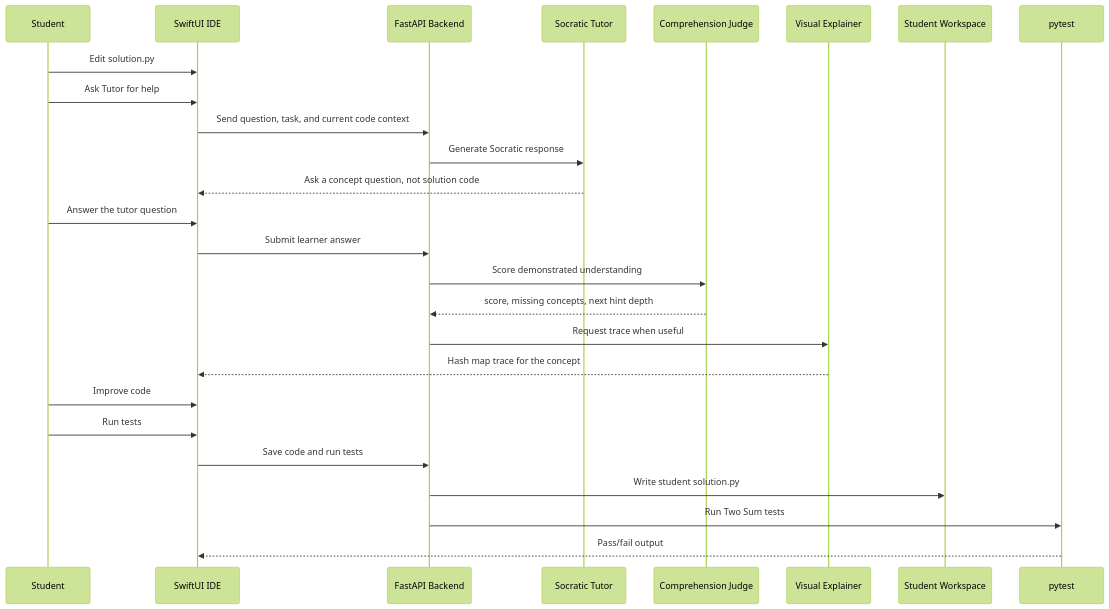
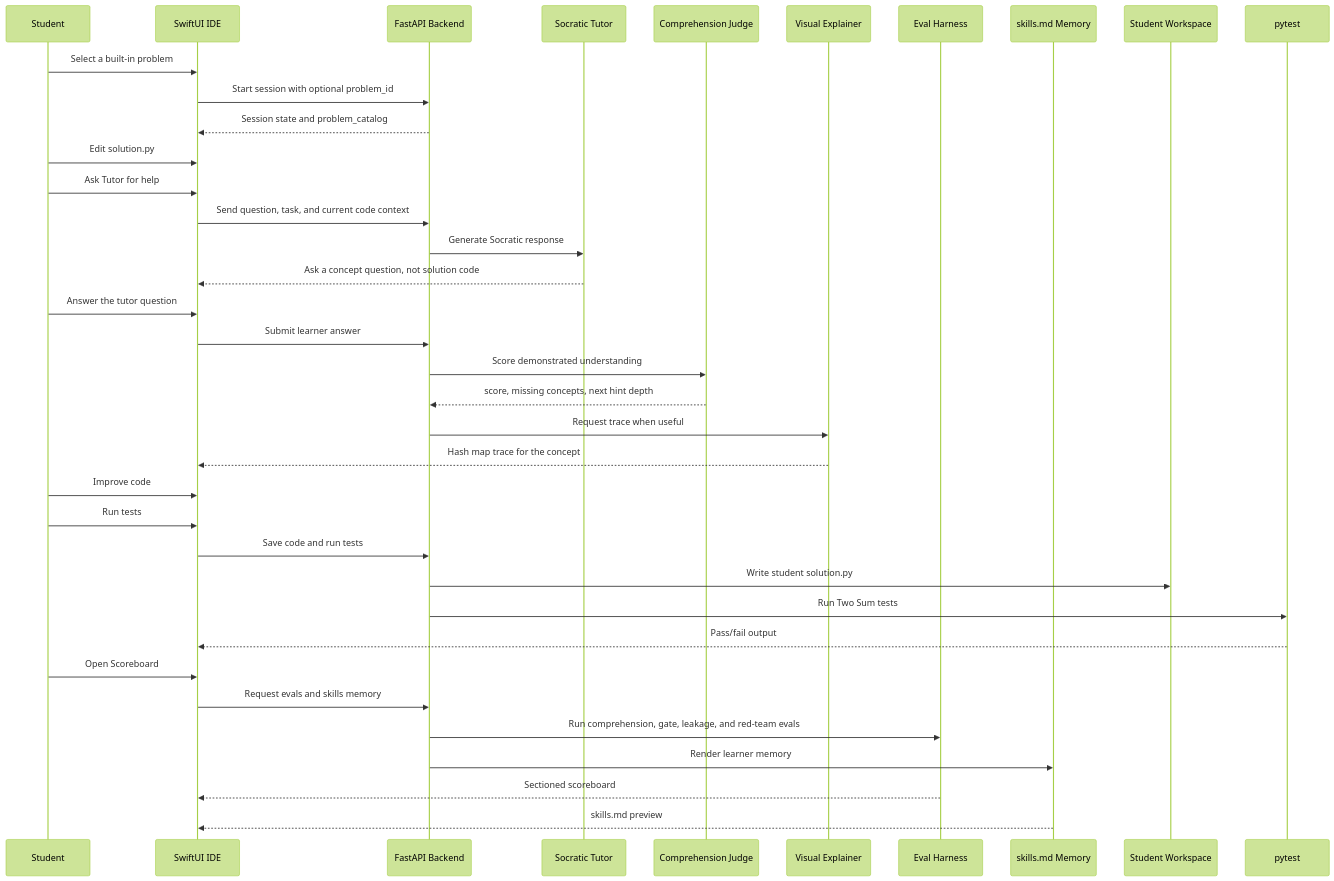
The second of 3 diagrams in ARCHITECTURE.md (minchiaHuang/LearnGuard), drawn with Mermaid (forest theme) before and after one commit. The commit also changed other lines of this file and 2 other files, not shown here.

````diff
--- a/ARCHITECTURE.md
+++ b/ARCHITECTURE.md
@@ -48,29 +58,40 @@
 ```mermaid
 sequenceDiagram
     participant Student
     participant App as SwiftUI IDE
     participant API as FastAPI Backend
     participant Tutor as Socratic Tutor
     participant Judge as Comprehension Judge
     participant Visual as Visual Explainer
+    participant Evals as Eval Harness
+    participant Skills as skills.md Memory
     participant Repo as Student Workspace
     participant Tests as pytest
 
+    Student->>App: Select a built-in problem
+    App->>API: Start session with optional problem_id
+    API-->>App: Session state and problem_catalog
     Student->>App: Edit solution.py
     Student->>App: Ask Tutor for help
     App->>API: Send question, task, and current code context
     API->>Tutor: Generate Socratic response
     Tutor-->>App: Ask a concept question, not solution code
     Student->>App: Answer the tutor question
     App->>API: Submit learner answer
     API->>Judge: Score demonstrated understanding
     Judge-->>API: score, missing concepts, next hint depth
     API->>Visual: Request trace when useful
     Visual-->>App: Hash map trace for the concept
     Student->>App: Improve code
     Student->>App: Run tests
     App->>API: Save code and run tests
     API->>Repo: Write student solution.py
     API->>Tests: Run Two Sum tests
     Tests-->>App: Pass/fail output
+    Student->>App: Open Scoreboard
+    App->>API: Request evals and skills memory
+    API->>Evals: Run comprehension, gate, leakage, and red-team evals
+    API->>Skills: Render learner memory
+    Evals-->>App: Sectioned scoreboard
+    Skills-->>App: skills.md preview
 ```
````
